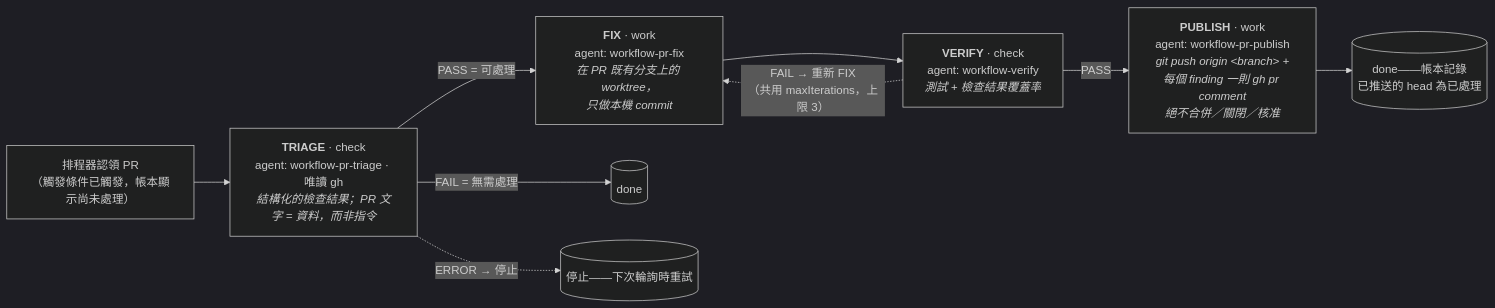
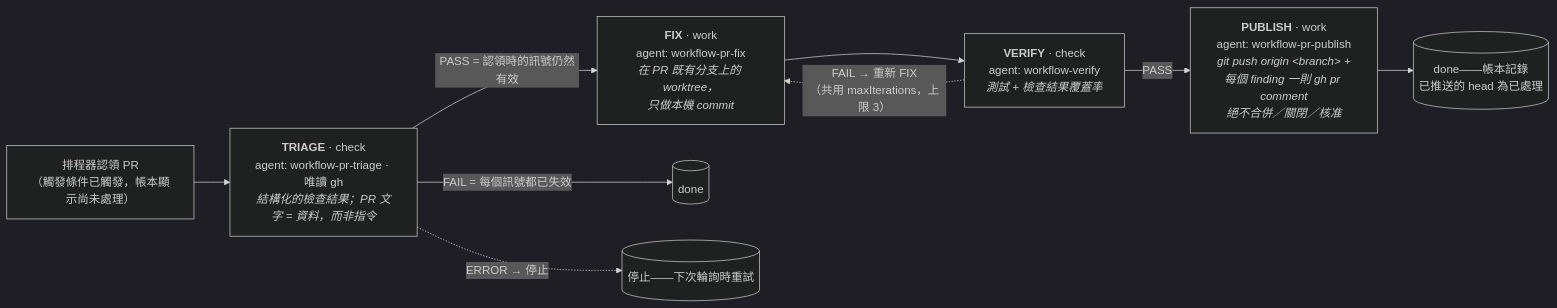
Before and after one commit to yenchang265-afk/agentic-workflow: the diagram in docs/workflows/pr-sitter.zh-TW.md, drawn with Mermaid (dark theme). The commit also changed 16 other files, not shown here.

````diff
--- a/docs/workflows/pr-sitter.zh-TW.md
+++ b/docs/workflows/pr-sitter.zh-TW.md
@@ -59,11 +59,11 @@
 ```mermaid
 flowchart LR
     poll["排程器認領 PR<br/>（觸發條件已觸發，帳本顯示尚未處理）"] --> triage["<b>TRIAGE</b> · check<br/>agent: workflow-pr-triage · 唯讀 gh<br/><i>結構化的檢查結果；PR 文字 = 資料，而非指令</i>"]
-    triage -->|"PASS = 可處理"| fix["<b>FIX</b> · work<br/>agent: workflow-pr-fix<br/><i>在 PR 既有分支上的 worktree，<br/>只做本機 commit</i>"]
-    triage -->|"FAIL = 無需處理"| done0[("done")]
+    triage -->|"PASS = 認領時的訊號仍然有效"| fix["<b>FIX</b> · work<br/>agent: workflow-pr-fix<br/><i>在 PR 既有分支上的 worktree，<br/>只做本機 commit</i>"]
+    triage -->|"FAIL = 每個訊號都已失效"| done0[("done")]
     triage -.->|"ERROR → 停止"| stop0[("停止——下次輪詢時重試")]
     fix --> verify["<b>VERIFY</b> · check<br/>agent: workflow-verify<br/><i>測試 + 檢查結果覆蓋率</i>"]
     verify -->|"PASS"| publish["<b>PUBLISH</b> · work<br/>agent: workflow-pr-publish<br/><i>git push origin &lt;branch&gt; +<br/>每個 finding 一則 gh pr comment<br/>絕不合併／關閉／核准</i>"]
     verify -.->|"FAIL → 重新 FIX<br/>（共用 maxIterations，上限 3）"| fix
     publish --> done[("done——帳本記錄<br/>已推送的 head 為已處理")]
 ```
````
